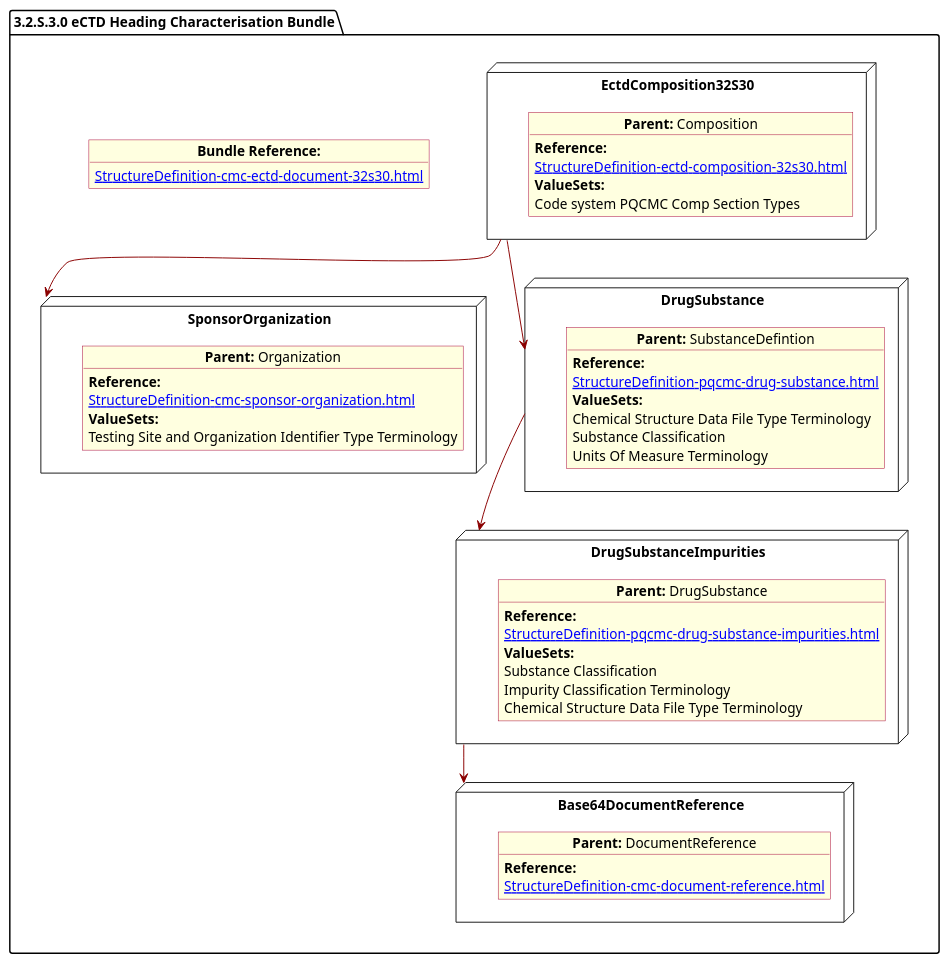
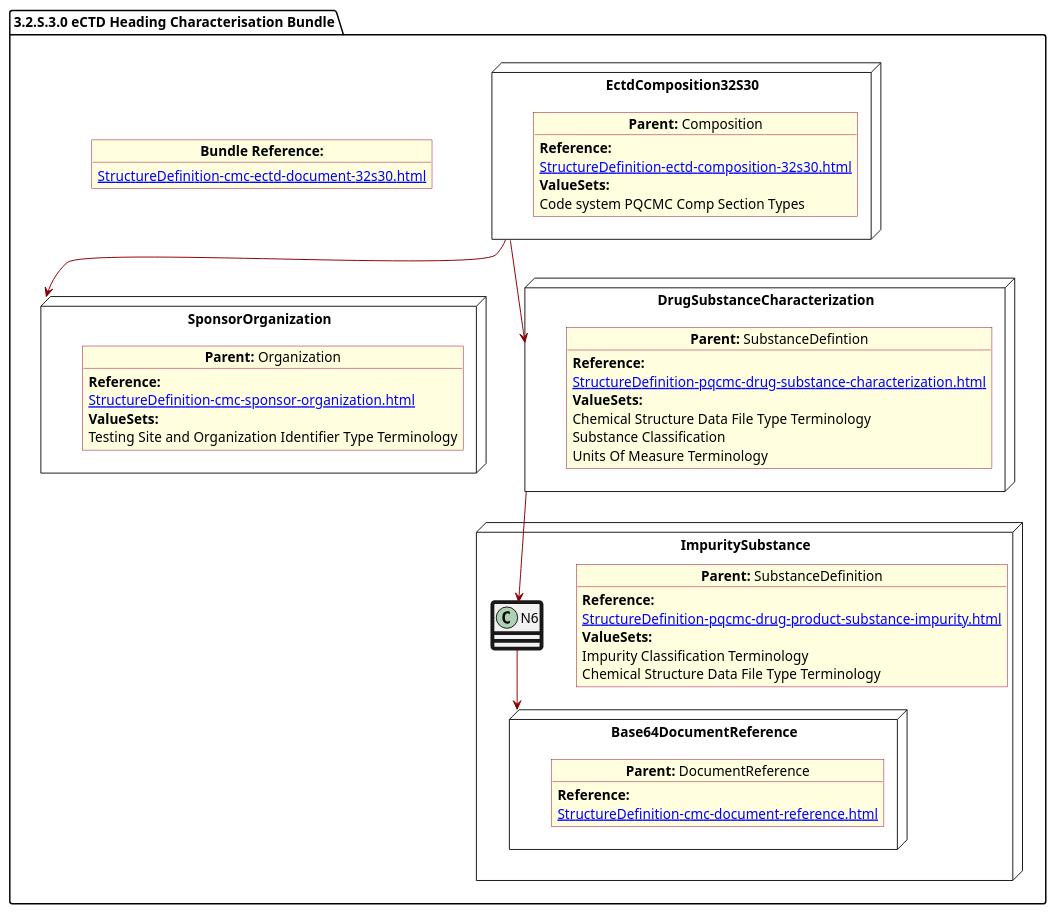
One commit to HL7/FHIR-us-pq-cmc-fda changed the diagram in input/images-source/SubstanceImpurity.plantuml. Above: the diagram before and after it, drawn with PlantUML. The commit also changed 4 other files, not shown here.

```diff
--- a/input/images-source/SubstanceImpurity.plantuml
+++ b/input/images-source/SubstanceImpurity.plantuml
@@ -1,74 +1,72 @@
 @startuml SubstanceImpurity
 allowmixing
 'Mixed model of use case and object
 skinparam svgDimensionStyle false
 skinparam ObjectBackgroundColor LightYellow
 skinparam ObjectBorderColor #A80036
 skinparam activityDiamondBorderColor #A80036
 skinparam activityDiamondBackgroundColor lawnGreen
 skinparam ClassBorderThickness 4
 
 package "3.2.S.3.0 eCTD Heading Characterisation Bundle" as NODES {
   object "**Bundle Reference:**" as objbun {
     [[StructureDefinition-cmc-ectd-document-32s30.html]]
   }
 
   node "EctdComposition32S30" as N1 {
 
     object "**Parent:** Composition" as obj1 {
       **Reference:**
       [[StructureDefinition-ectd-composition-32s30.html]]
       **ValueSets:**
       Code system PQCMC Comp Section Types
     }
   }
   node "SponsorOrganization" as NSO {
 
     object "**Parent:** Organization" as objAu {
       **Reference:**
       [[StructureDefinition-cmc-sponsor-organization.html]]
       **ValueSets:**
       Testing Site and Organization Identifier Type Terminology
     }
   }
 
-  node "DrugSubstance" as NN {
+  node "DrugSubstanceCharacterization" as NN {
 
     object "**Parent:** SubstanceDefintion" as obj3 {
 
       **Reference:**
-      [[StructureDefinition-pqcmc-drug-substance.html]]
+      [[StructureDefinition-pqcmc-drug-substance-characterization.html]]
       **ValueSets:**
       Chemical Structure Data File Type Terminology
       Substance Classification
       Units Of Measure Terminology
     }
   }
 
-  node "DrugSubstanceImpurities" as N6 {
+    node "ImpuritySubstance" as N6 {
 
-    object "**Parent:** DrugSubstance" as obj2 {
+    object "**Parent:** SubstanceDefinition" as obj2 {
       **Reference:**
-      [[StructureDefinition-pqcmc-drug-substance-impurities.html]]
+      [[StructureDefinition-pqcmc-drug-product-substance-impurity.html]]
       **ValueSets:**
-      Substance Classification
       Impurity Classification Terminology
       Chemical Structure Data File Type Terminology
     }
 
-  }
   node "Base64DocumentReference" as NB64 {
 
     object "**Parent:** DocumentReference"  as obj64 {
 
       **Reference:**
       [[StructureDefinition-cmc-document-reference.html]]
     }
 
   }
   N1 -[#darkred]-> NSO
   NN -[#darkred]-> N6
   N1 -[#darkred]-> NN
   N6 -[#darkred]-> NB64
 }
 @enduml
```
